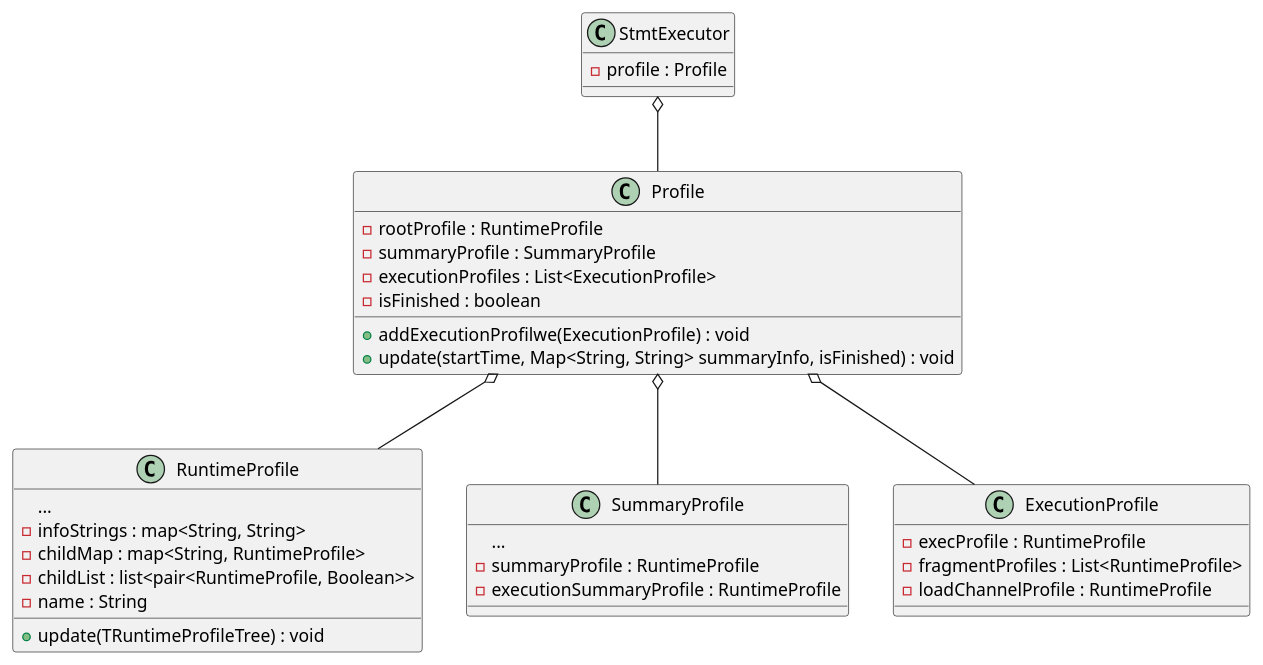
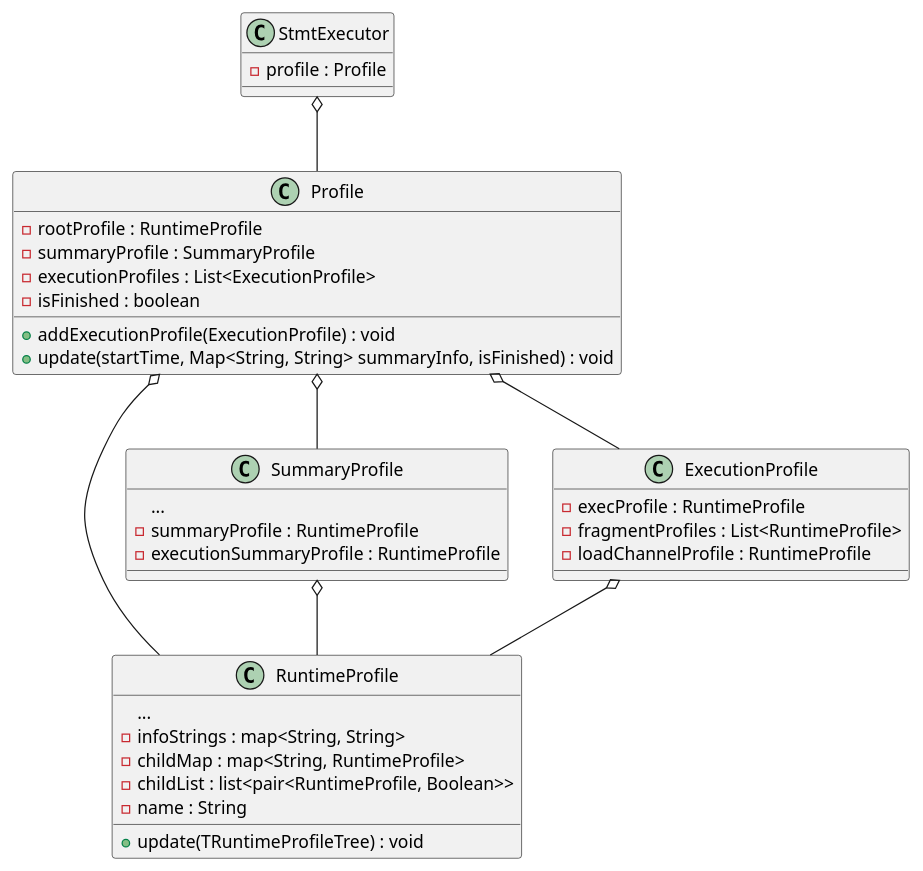
One commit to zhiqiang-hhhh/zhiqiang-hhhh.github.io changed the first of 2 diagrams in pre_post/Doris/profile.md. Above: the diagram before and after it, drawn with PlantUML. The commit also changed other lines of this file and 3 other files, not shown here.

````diff
--- a/pre_post/Doris/profile.md
+++ b/pre_post/Doris/profile.md
@@ -12,41 +12,43 @@
 ```plantuml
 class StmtExecutor {
     - profile : Profile
 }
 StmtExecutor o-- Profile
 
 class Profile {
     - rootProfile : RuntimeProfile
     - summaryProfile : SummaryProfile
     - executionProfiles : List<ExecutionProfile>
     - isFinished : boolean
-    + addExecutionProfilwe(ExecutionProfile) : void
+    + addExecutionProfile(ExecutionProfile) : void
     + update(startTime, Map<String, String> summaryInfo, isFinished) : void
 }
 
 Profile o-- RuntimeProfile
 Profile o-- SummaryProfile
 Profile o-- ExecutionProfile
 
 class RuntimeProfile {
     ...
     - infoStrings : map<String, String>
     - childMap : map<String, RuntimeProfile>
     - childList : list<pair<RuntimeProfile, Boolean>>
     - name : String
     + update(TRuntimeProfileTree) : void
 }
 
 class SummaryProfile {
     ...
     - summaryProfile : RuntimeProfile
     - executionSummaryProfile : RuntimeProfile
 }
 
 class ExecutionProfile {
     - execProfile : RuntimeProfile
     - fragmentProfiles : List<RuntimeProfile>
     - loadChannelProfile : RuntimeProfile
 }
 
+SummaryProfile o-- RuntimeProfile
+ExecutionProfile o-- RuntimeProfile
 ```
````
